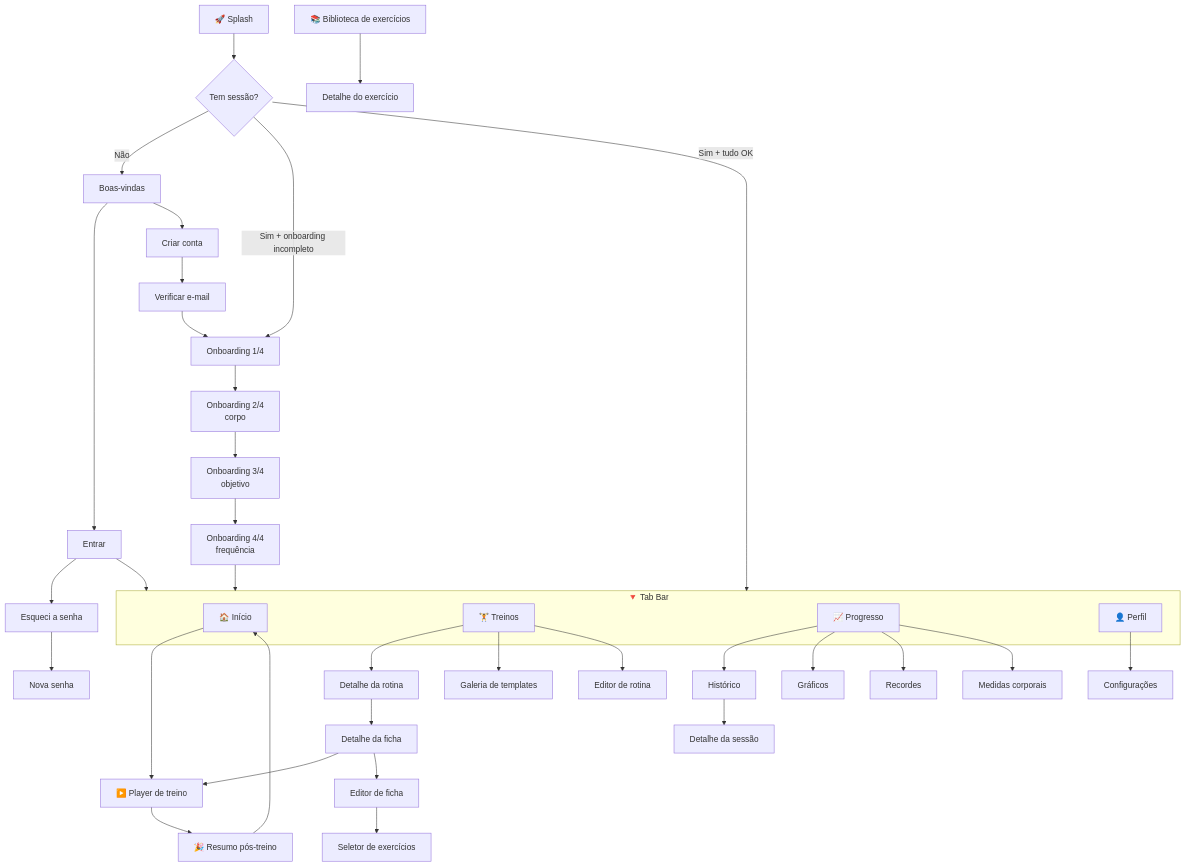
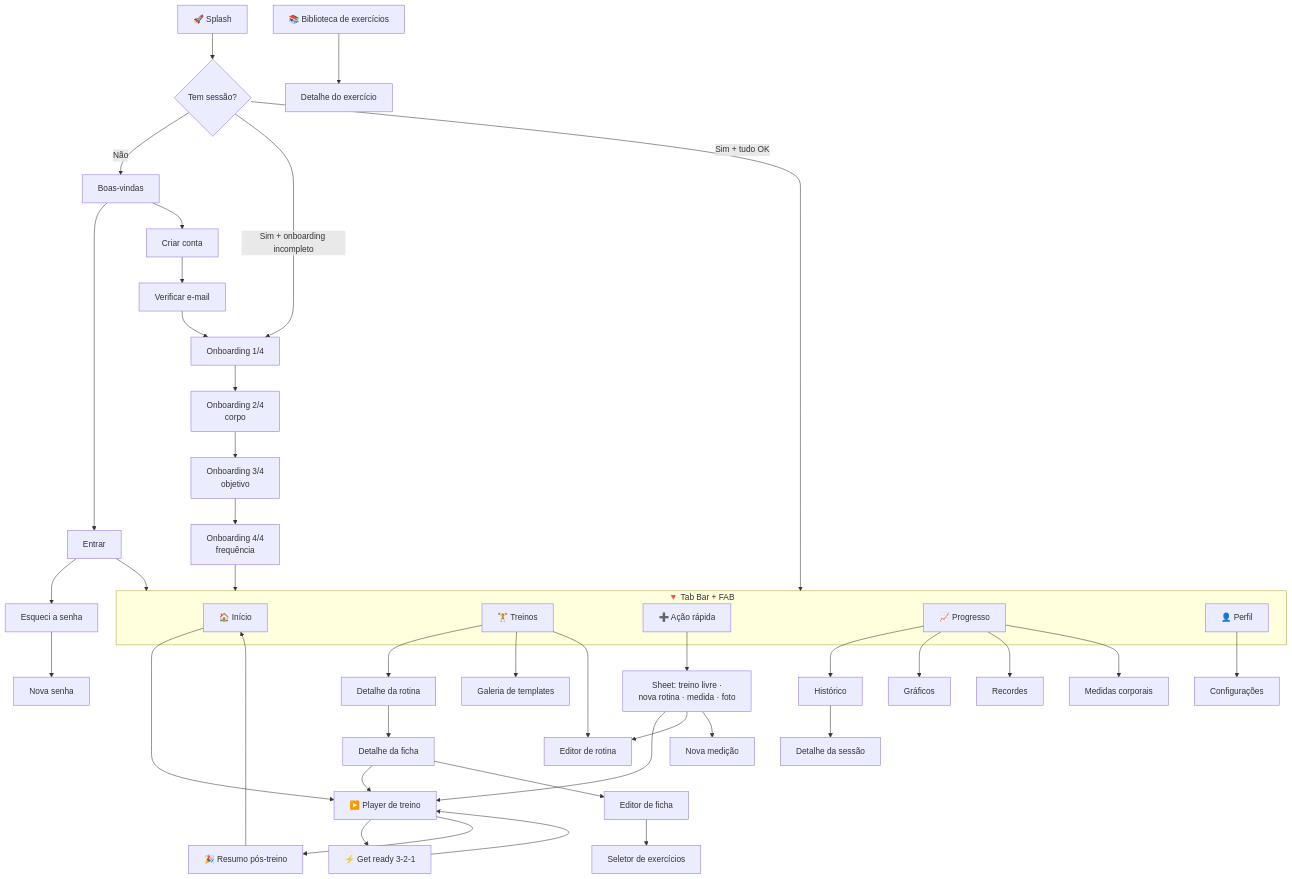
The diagram in docs/05-mapa-de-telas.md (humanstudioacademy/gynapp), drawn with Mermaid before and after one commit. The commit also changed other lines of this file and 26 other files, not shown here.

````diff
--- a/docs/05-mapa-de-telas.md
+++ b/docs/05-mapa-de-telas.md
@@ -9,37 +13,44 @@
 ```mermaid
 flowchart TD
     SPLASH["🚀 Splash"] --> CHECK{"Tem sessão?"}
     CHECK -->|Não| WELCOME["Boas-vindas"]
     CHECK -->|"Sim + onboarding incompleto"| ONB["Onboarding 1/4"]
     CHECK -->|"Sim + tudo OK"| TABS
 
     WELCOME --> SIGNIN["Entrar"]
     WELCOME --> SIGNUP["Criar conta"]
     SIGNIN --> FORGOT["Esqueci a senha"]
     FORGOT --> RESET["Nova senha"]
     SIGNUP --> VERIFY["Verificar e-mail"]
     VERIFY --> ONB
     SIGNIN --> TABS
 
     ONB --> ONB2["Onboarding 2/4<br/>corpo"] --> ONB3["Onboarding 3/4<br/>objetivo"] --> ONB4["Onboarding 4/4<br/>frequência"] --> TABS
 
-    subgraph TABS["🔻 Tab Bar"]
+    subgraph TABS["🔻 Tab Bar + FAB"]
         HOME["🏠 Início"]
         WORK["🏋️ Treinos"]
+        FAB["➕ Ação rápida"]
         PROG["📈 Progresso"]
         PROF["👤 Perfil"]
     end
+
+    FAB --> QUICK["Sheet: treino livre ·<br/>nova rotina · medida · foto"]
+    QUICK --> PLAYER
+    QUICK --> PLANEDIT
+    QUICK --> BODYNEW["Nova medição"]
 
     HOME --> PLAYER["▶️ Player de treino"]
     WORK --> PLANDET["Detalhe da rotina"] --> DAYDET["Detalhe da ficha"] --> PLAYER
     WORK --> TEMPLATES["Galeria de templates"]
     WORK --> PLANEDIT["Editor de rotina"]
     DAYDET --> DAYEDIT["Editor de ficha"] --> PICKER["Seletor de exercícios"]
+    PLAYER --> READY["⚡ Get ready 3-2-1"] --> PLAYER
     PLAYER --> SUMMARY["🎉 Resumo pós-treino"] --> HOME
     PROG --> HIST["Histórico"] --> SESSDET["Detalhe da sessão"]
     PROG --> CHARTS["Gráficos"]
     PROG --> PRS["Recordes"]
     PROG --> BODY["Medidas corporais"]
     PROF --> SETTINGS["Configurações"]
     LIB["📚 Biblioteca de exercícios"] --> EXDET["Detalhe do exercício"]
 ```
````
